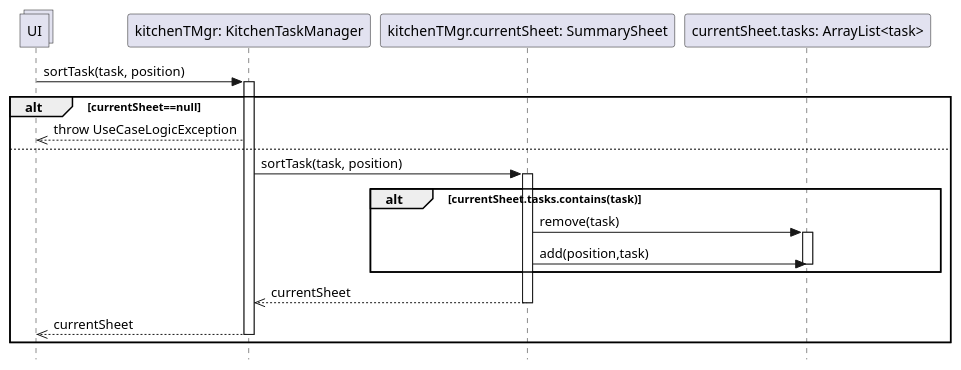
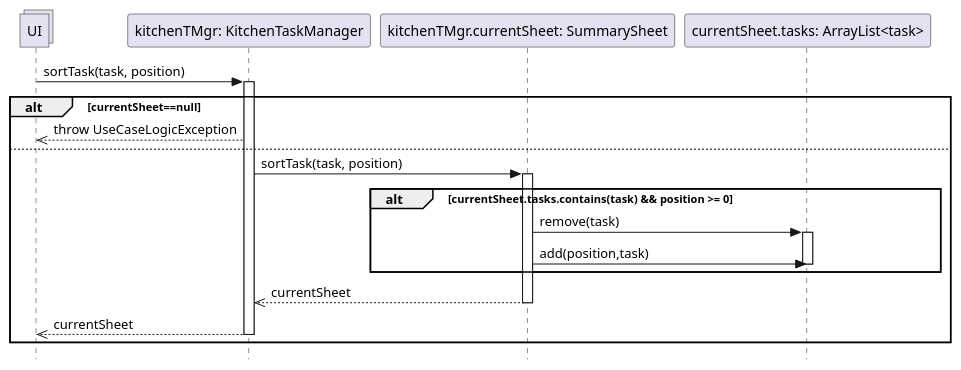
Before and after one commit to stefa168/sas-project: the diagram in DSD Operazione 3.puml, drawn with PlantUML. The commit also changed 1 other file, not shown here.

```diff
--- a/DSD Operazione 3.puml
+++ b/DSD Operazione 3.puml
@@ -1,33 +1,33 @@
 @startuml Operazione 3
 skinparam Style strictuml
 
 collections UI
 
 participant "kitchenTMgr: KitchenTaskManager" as ktm
 UI -> ktm: sortTask(task, position)
 activate ktm
 
 alt currentSheet==null 
     UI <<-- ktm: throw UseCaseLogicException
 else
     participant "kitchenTMgr.currentSheet: SummarySheet" as ss
     
     ktm -> ss: sortTask(task, position)
     activate ss
     participant "currentSheet.tasks: ArrayList<task>" as t
     
-    alt currentSheet.tasks.contains(task)
+    alt currentSheet.tasks.contains(task) && position >= 0
         ss -> t: remove(task)
         activate t
         ss -> t: add(position,task)
         deactivate t
     end
     ktm <<-- ss: currentSheet
     deactivate ss
     UI <<-- ktm : currentSheet
     deactivate ktm
 
     
 end
 
 @enduml
```
